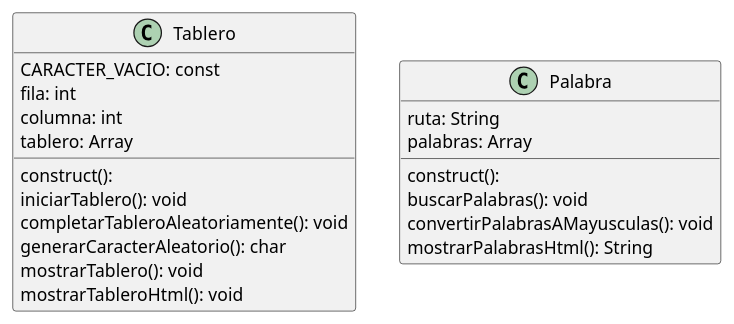
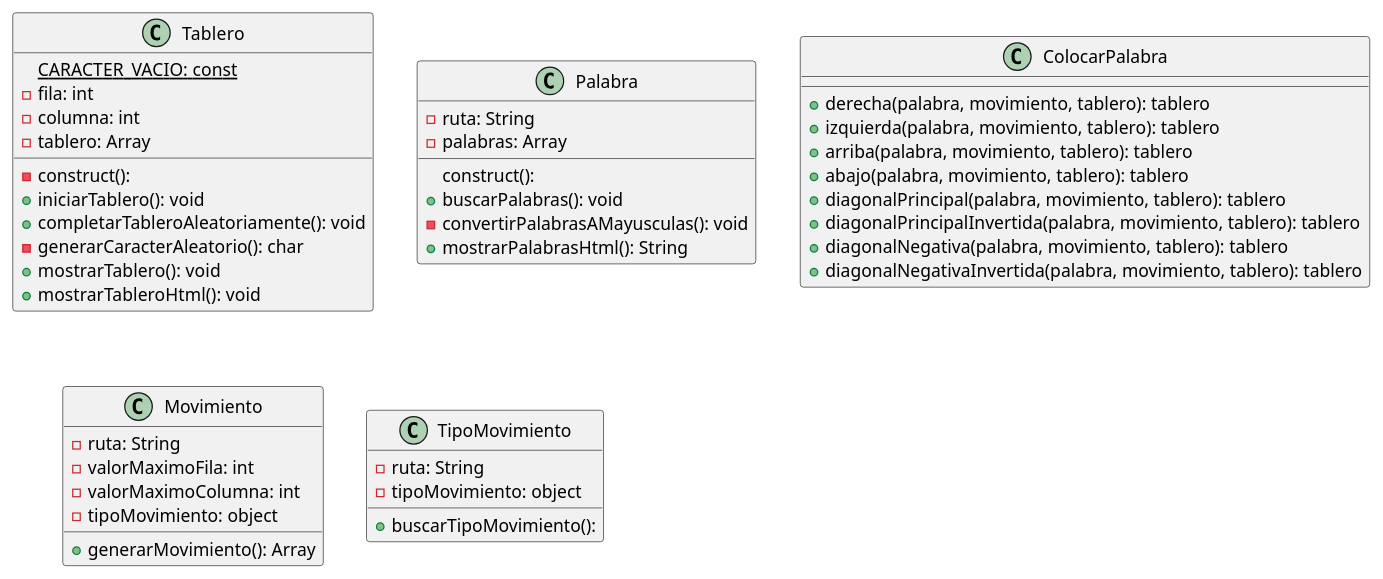
The diagram in uml/clases.plantuml (jrgallego21/sopaLetras), drawn with PlantUML before and after one commit. The commit also changed 2 other files, not shown here.

```diff
--- a/uml/clases.plantuml
+++ b/uml/clases.plantuml
@@ -1,27 +1,51 @@
-@startuml diagramaSecuenciaWsd
+@startuml diagrama_clases
 ' https://plantuml.com/es/
 
 class Tablero {
-  CARACTER_VACIO: const
-  fila: int
-  columna: int
-  tablero: Array
-  construct():
-  iniciarTablero(): void
-  completarTableroAleatoriamente(): void
-  generarCaracterAleatorio(): char
-  mostrarTablero(): void
-  mostrarTableroHtml(): void
+  {static} CARACTER_VACIO: const
+  -fila: int
+  -columna: int
+  -tablero: Array
+  -construct():
+  +iniciarTablero(): void
+  +completarTableroAleatoriamente(): void
+  -generarCaracterAleatorio(): char
+  +mostrarTablero(): void
+  +mostrarTableroHtml(): void
 }
 
 class Palabra {
-  ruta: String
-  palabras: Array
+  -ruta: String
+  -palabras: Array
   construct():
-  buscarPalabras(): void
-  convertirPalabrasAMayusculas(): void
-  mostrarPalabrasHtml(): String
+  +buscarPalabras(): void
+  -convertirPalabrasAMayusculas(): void
+  +mostrarPalabrasHtml(): String
 }
 
+class ColocarPalabra {
+  +derecha(palabra, movimiento, tablero): tablero
+  +izquierda(palabra, movimiento, tablero): tablero
+  +arriba(palabra, movimiento, tablero): tablero
+  +abajo(palabra, movimiento, tablero): tablero
+  +diagonalPrincipal(palabra, movimiento, tablero): tablero
+  +diagonalPrincipalInvertida(palabra, movimiento, tablero): tablero
+  +diagonalNegativa(palabra, movimiento, tablero): tablero
+  +diagonalNegativaInvertida(palabra, movimiento, tablero): tablero
+}
+
+class Movimiento {
+  -ruta: String
+  -valorMaximoFila: int
+  -valorMaximoColumna: int
+  -tipoMovimiento: object
+  +generarMovimiento(): Array
+}
+
+class TipoMovimiento {
+  -ruta: String
+  -tipoMovimiento: object
+  +buscarTipoMovimiento():
+}
 
 @enduml
```
